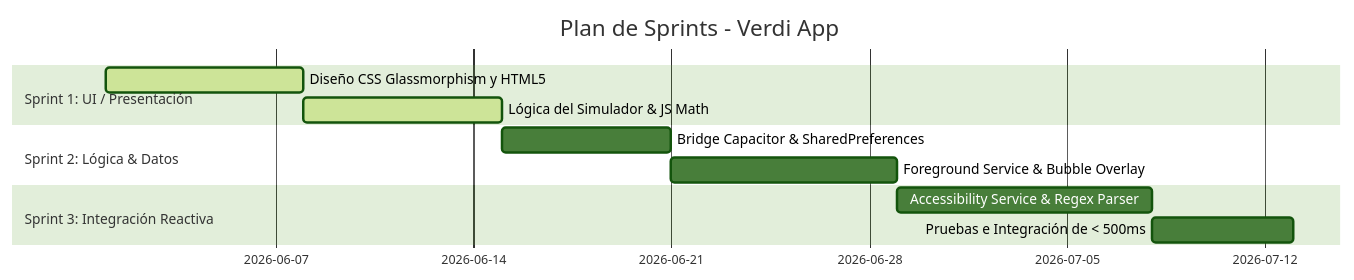
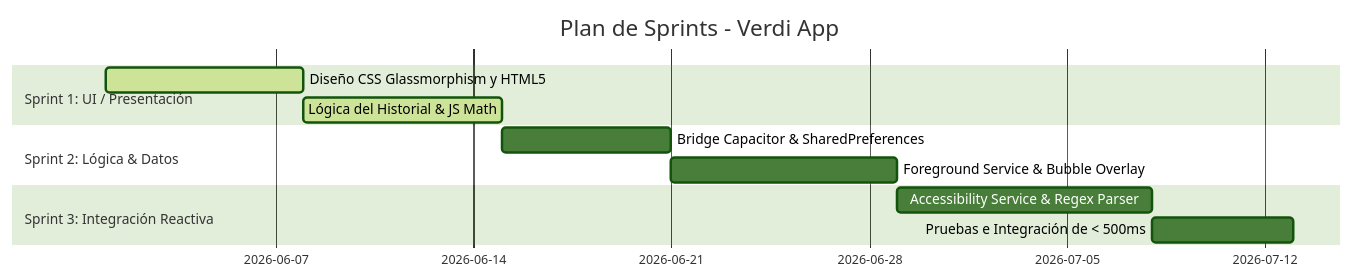
Before and after one commit to JorgeFreire95/Verdi: the second of 2 diagrams in README.md, drawn with Mermaid (forest theme). The commit also changed other lines of this file and 11 other files, not shown here.

````diff
--- a/README.md
+++ b/README.md
@@ -70,14 +86,14 @@
 ```mermaid
 gantt
     title Plan de Sprints - Verdi App
     dateFormat  YYYY-MM-DD
     section Sprint 1: UI / Presentación
     Diseño CSS Glassmorphism y HTML5    :active, s1, 2026-06-01, 7d
-    Lógica del Simulador & JS Math      :active, s2, after s1, 7d
+    Lógica del Historial & JS Math      :active, s2, after s1, 7d
     section Sprint 2: Lógica & Datos
     Bridge Capacitor & SharedPreferences :s3, 2026-06-15, 6d
     Foreground Service & Bubble Overlay  :s4, after s3, 8d
     section Sprint 3: Integración Reactiva
     Accessibility Service & Regex Parser :s5, 2026-06-29, 9d
     Pruebas e Integración de < 500ms     :s6, after s5, 5d
 ```
````
